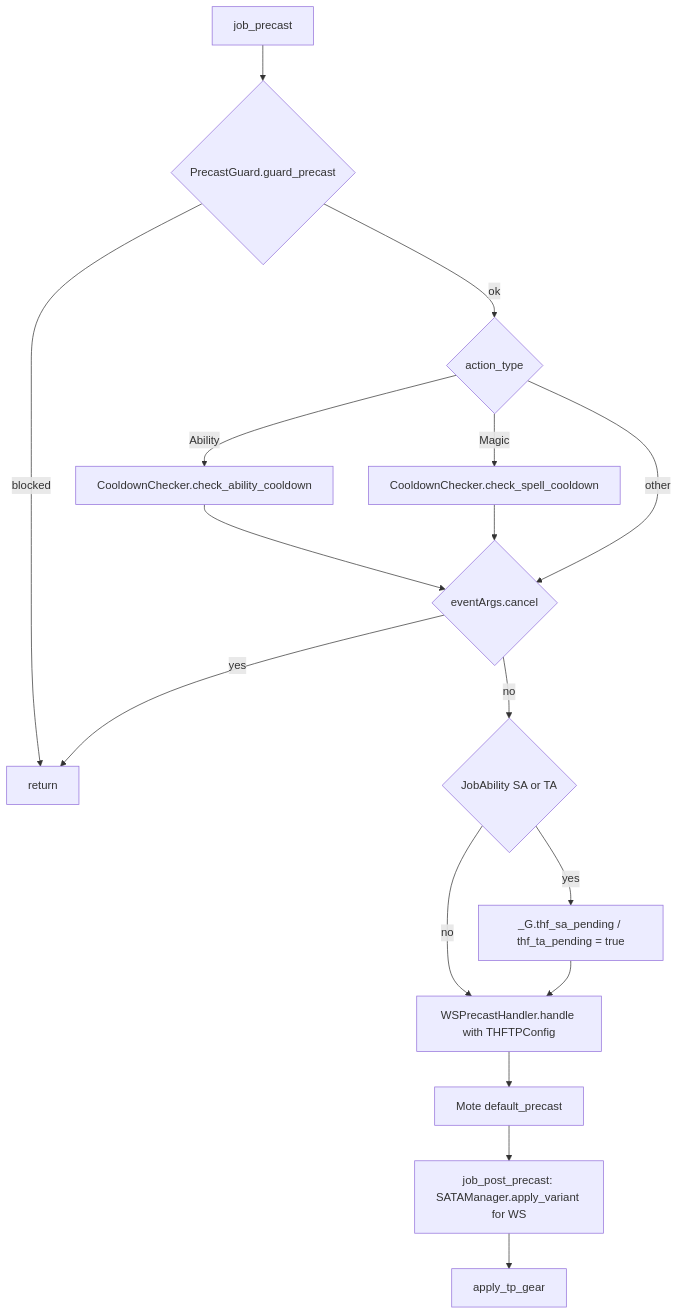
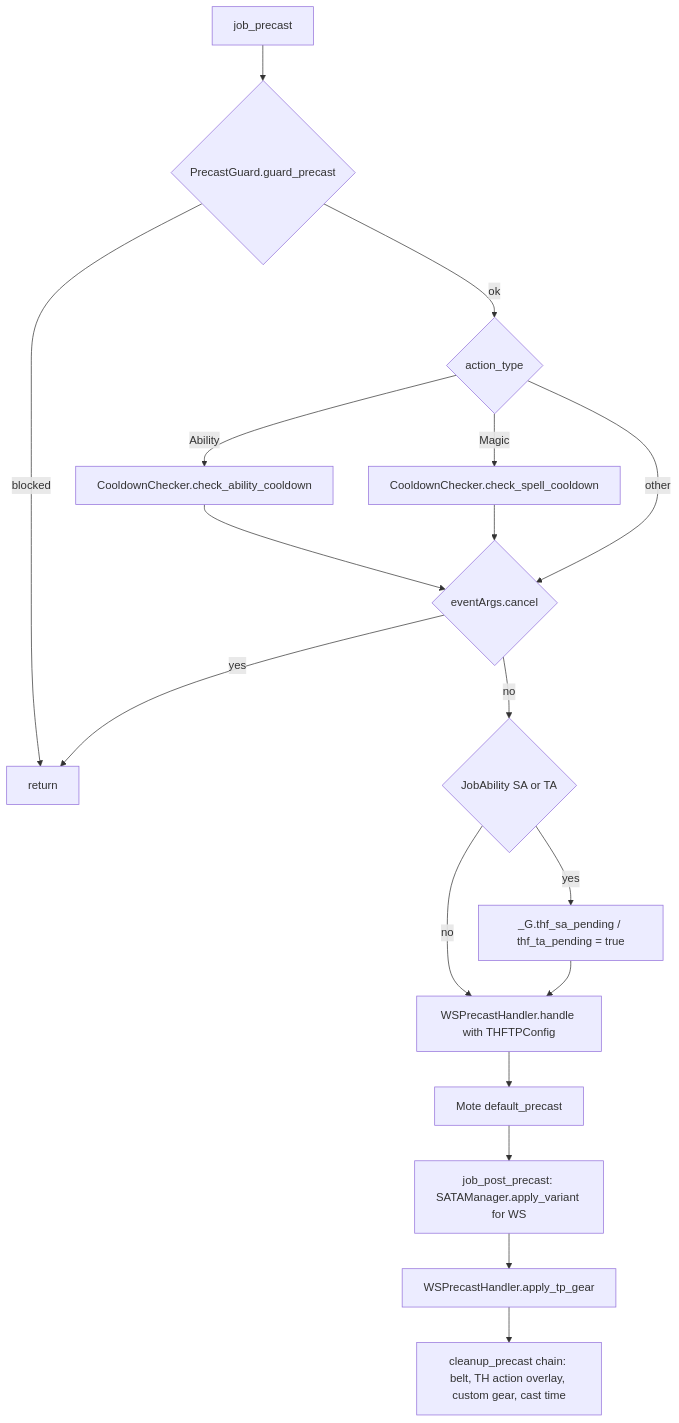
One commit to ejouanchicot/Gearswap changed the second of 3 diagrams in docs/dev/jobs/thf.md. Above: the diagram before and after it, drawn with Mermaid. The commit also changed other lines of this file and 9 other files, not shown here.

````diff
--- a/docs/dev/jobs/thf.md
+++ b/docs/dev/jobs/thf.md
@@ -143,19 +146,20 @@
 ```mermaid
 flowchart TD
     A[job_precast] --> B{PrecastGuard.guard_precast}
     B -- blocked --> Z[return]
     B -- ok --> C{action_type}
     C -- Ability --> D[CooldownChecker.check_ability_cooldown]
     C -- Magic --> E[CooldownChecker.check_spell_cooldown]
     D --> F{eventArgs.cancel}
     E --> F
     C -- other --> F
     F -- yes --> Z
     F -- no --> G{JobAbility SA or TA}
     G -- yes --> H[_G.thf_sa_pending / thf_ta_pending = true]
     G -- no --> I
     H --> I[WSPrecastHandler.handle with THFTPConfig]
     I --> J[Mote default_precast]
     J --> K[job_post_precast: SATAManager.apply_variant for WS]
-    K --> L[apply_tp_gear]
+    K --> L[WSPrecastHandler.apply_tp_gear]
+    L --> M[cleanup_precast chain: belt, TH action overlay, custom gear, cast time]
 ```
````
